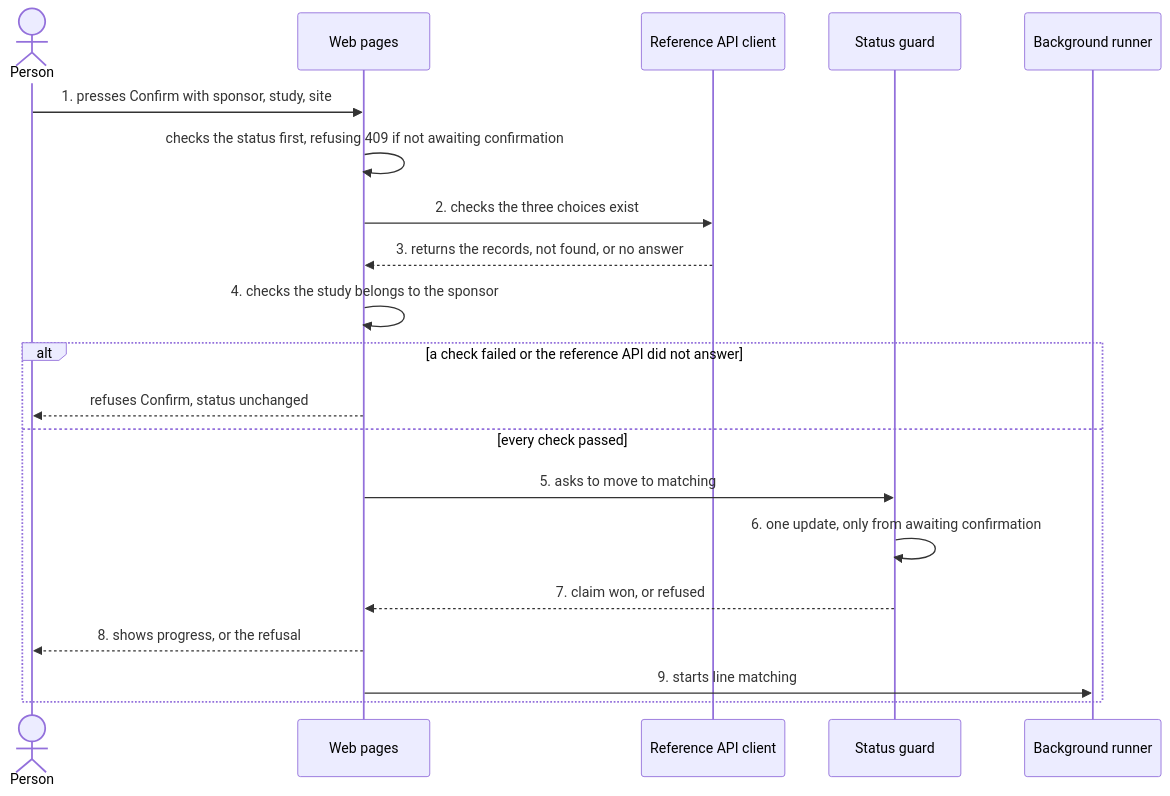
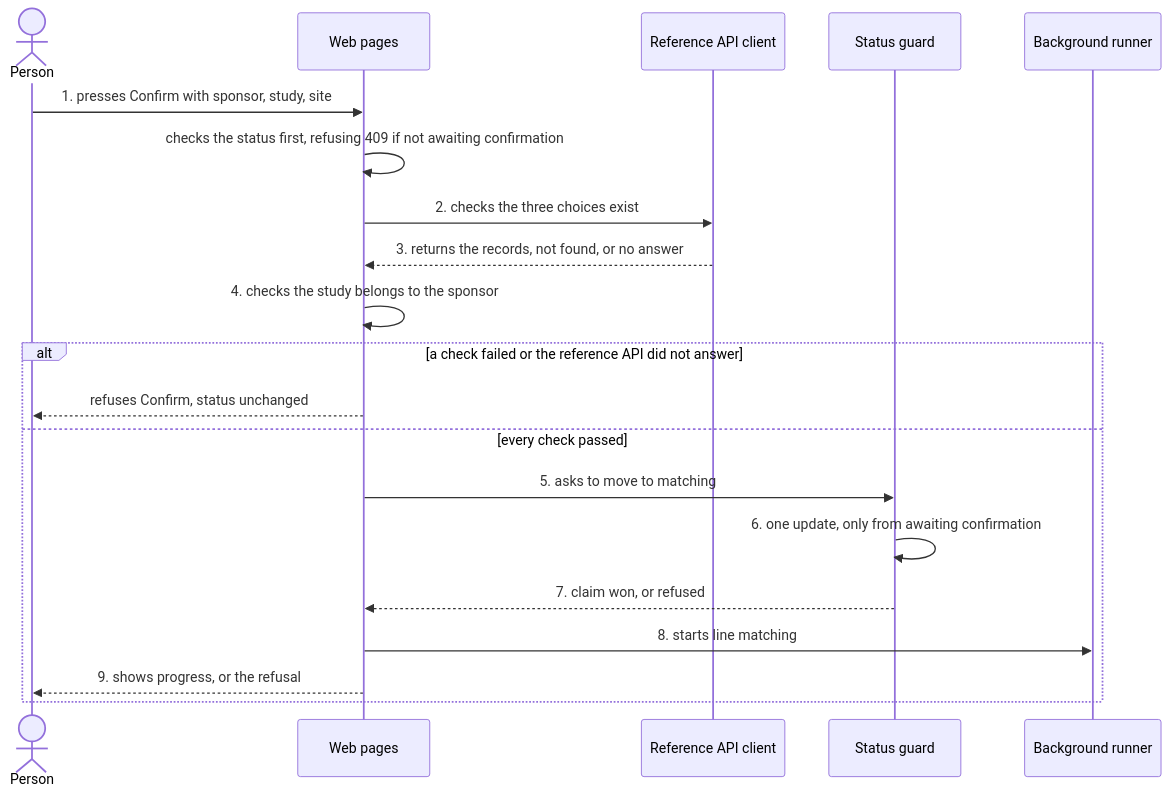
One commit to lucycchi/ai-invoice-ingestion-platform changed the fifth of 14 diagrams in docs/ARCHITECTURE.md. Above: the diagram before and after it, drawn with Mermaid. The commit also changed other lines of this file and 29 other files, not shown here.

````diff
--- a/docs/ARCHITECTURE.md
+++ b/docs/ARCHITECTURE.md
@@ -326,23 +345,23 @@
 ```mermaid
 sequenceDiagram
     actor U as Person
     participant P as Web pages
     participant A as Reference API client
     participant G as Status guard
     participant R as Background runner
 
     U->>P: 1. presses Confirm with sponsor, study, site
     P->>P: checks the status first, refusing 409 if not awaiting confirmation
     P->>A: 2. checks the three choices exist
     A-->>P: 3. returns the records, not found, or no answer
     P->>P: 4. checks the study belongs to the sponsor
     alt a check failed or the reference API did not answer
         P-->>U: refuses Confirm, status unchanged
     else every check passed
         P->>G: 5. asks to move to matching
         G->>G: 6. one update, only from awaiting confirmation
         G-->>P: 7. claim won, or refused
-        P-->>U: 8. shows progress, or the refusal
-        P->>R: 9. starts line matching
+        P->>R: 8. starts line matching
+        P-->>U: 9. shows progress, or the refusal
     end
 ```
````
